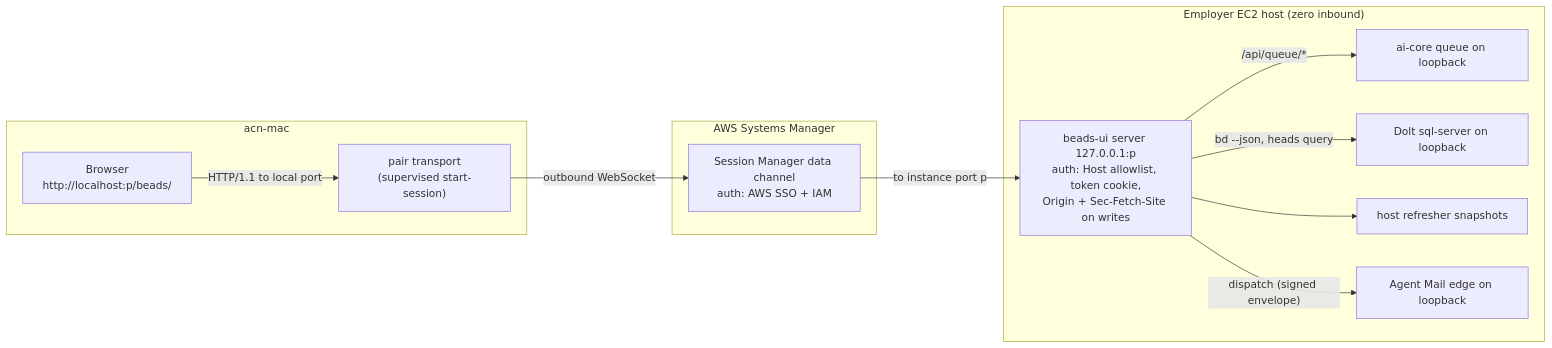
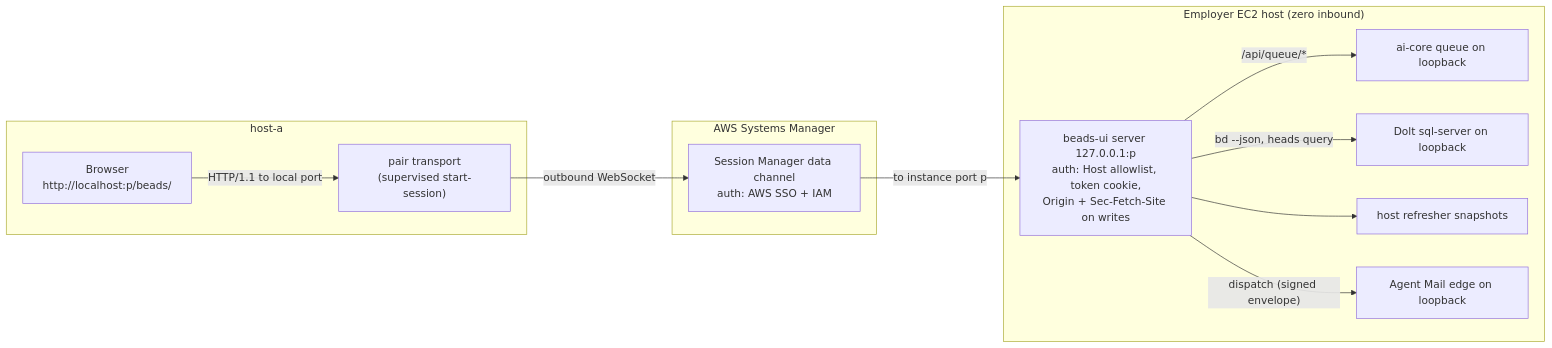
The first of 2 diagrams in docs/research/findings/beads-ui-web-app-backend-portal-and-access.md (sergeiwallace/beads-ui), drawn with Mermaid before and after one commit. The commit also changed other lines of this file and 94 other files, not shown here.

````diff
--- a/docs/research/findings/beads-ui-web-app-backend-portal-and-access.md
+++ b/docs/research/findings/beads-ui-web-app-backend-portal-and-access.md
@@ -624,24 +624,24 @@
 ```mermaid
 flowchart LR
-  subgraph mac["acn-mac"]
+  subgraph mac["host-a"]
     B["Browser<br/>http://localhost:p/beads/"]
     PT["pair transport<br/>(supervised start-session)"]
   end
   subgraph aws["AWS Systems Manager"]
     SM["Session Manager data channel<br/>auth: AWS SSO + IAM"]
   end
   subgraph ec2["Employer EC2 host (zero inbound)"]
     W["beads-ui server 127.0.0.1:p<br/>auth: Host allowlist, token cookie,<br/>Origin + Sec-Fetch-Site on writes"]
     Q["ai-core queue on loopback"]
     D["Dolt sql-server on loopback"]
     R["host refresher snapshots"]
     AM["Agent Mail edge on loopback"]
   end
   B -->|"HTTP/1.1 to local port"| PT
   PT -->|"outbound WebSocket"| SM
   SM -->|"to instance port p"| W
   W -->|"bd --json, heads query"| D
   W --> R
   W -->|"/api/queue/*"| Q
   W -->|"dispatch (signed envelope)"| AM
 ```
````
